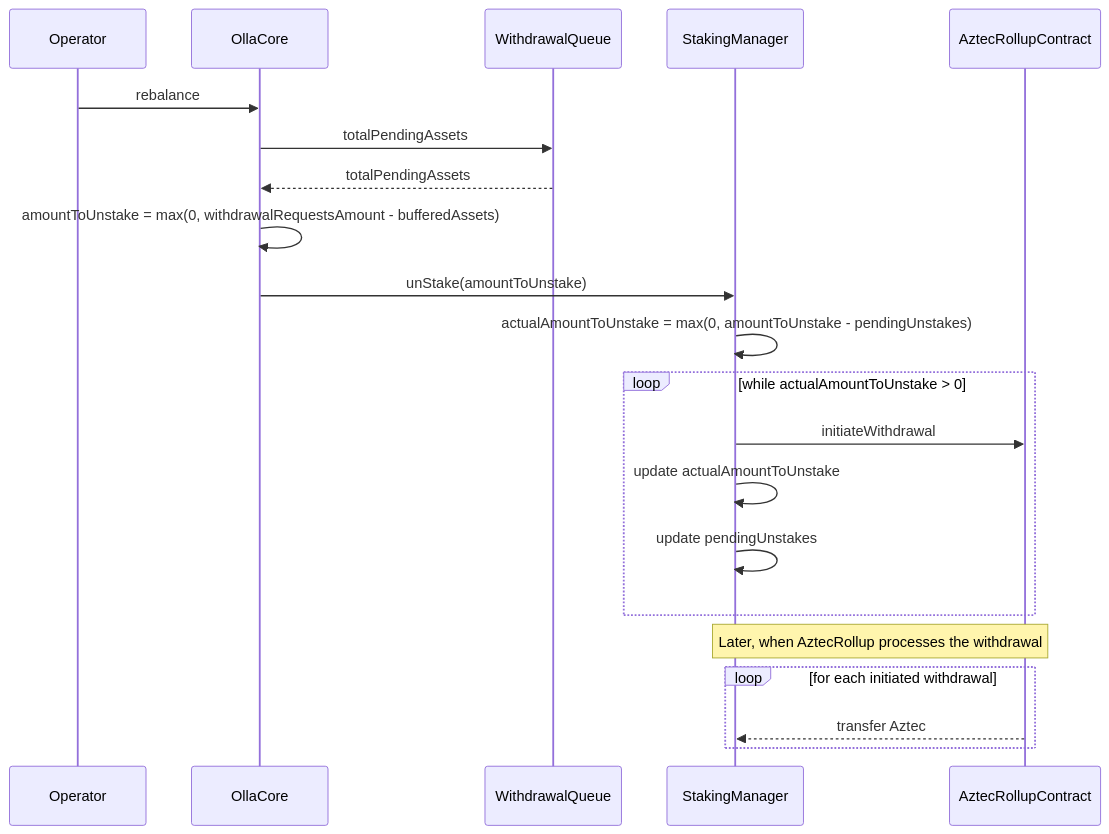
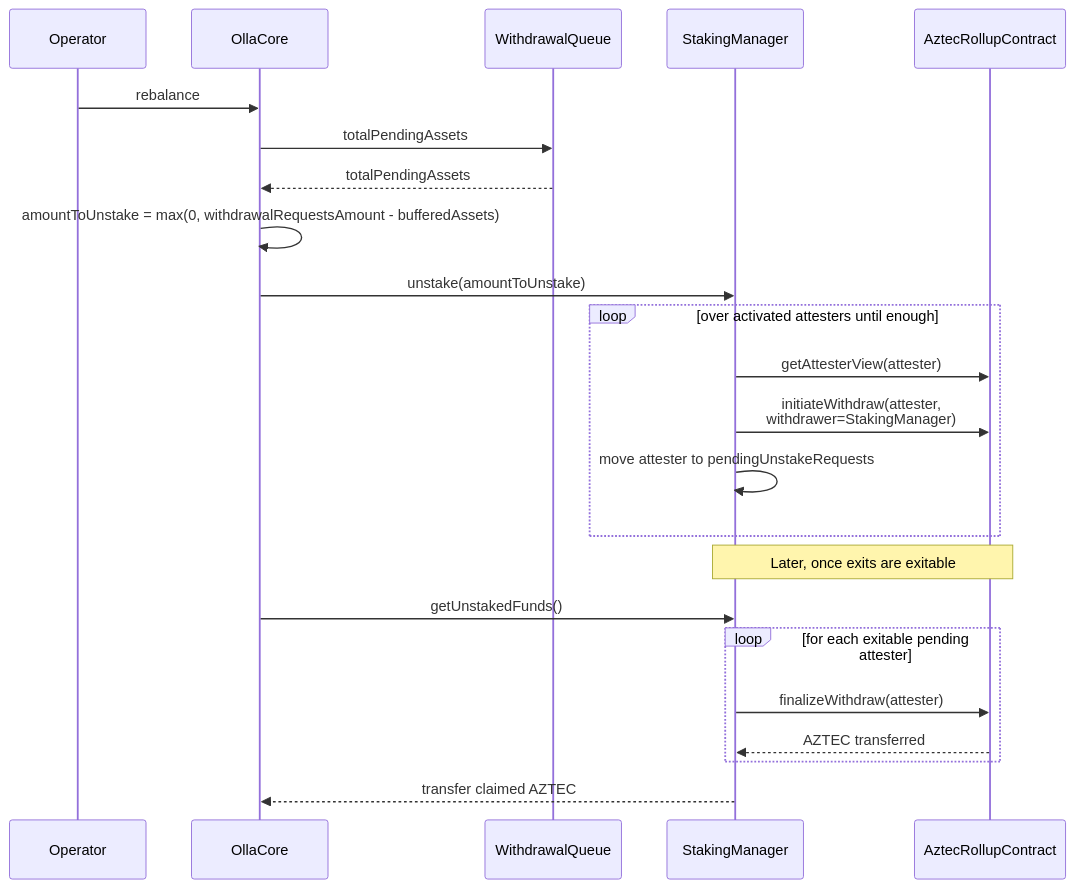
Before and after one commit to ollafinance/core: the seventh of 7 diagrams in research/technical/architecture/flows.md, drawn with Mermaid. The commit also changed other lines of this file and 2 other files, not shown here.

Commit message:
staking manager, and some of rewards vault

````diff
--- a/research/technical/architecture/flows.md
+++ b/research/technical/architecture/flows.md
@@ -202,24 +202,26 @@
 ```mermaid
 sequenceDiagram
     participant op as Operator
     participant C as OllaCore
     participant WQ as WithdrawalQueue
     participant stkMan as StakingManager
     participant AR as AztecRollupContract
 
     op->>C: rebalance
     C->>WQ: totalPendingAssets
     WQ-->>C: totalPendingAssets
     C->>C: amountToUnstake = max(0, withdrawalRequestsAmount - bufferedAssets)
-    C->>stkMan: unStake(amountToUnstake)
-    stkMan->>stkMan: actualAmountToUnstake = max(0, amountToUnstake - pendingUnstakes)
-    loop while actualAmountToUnstake > 0
-        stkMan->>AR: initiateWithdrawal
-        stkMan->>stkMan: update actualAmountToUnstake
-        stkMan->>stkMan: update pendingUnstakes
+    C->>stkMan: unstake(amountToUnstake)
+    loop over activated attesters until enough
+        stkMan->>AR: getAttesterView(attester)
+        stkMan->>AR: initiateWithdraw(attester,<br/>withdrawer=StakingManager)
+        stkMan->>stkMan: move attester to pendingUnstakeRequests
     end
-    Note over stkMan,AR: Later, when AztecRollup processes the withdrawal
-    loop for each initiated withdrawal
-        AR-->>stkMan: transfer Aztec
+    Note over stkMan,AR: Later, once exits are exitable
+    C->>stkMan: getUnstakedFunds()
+    loop for each exitable pending attester
+        stkMan->>AR: finalizeWithdraw(attester)
+        AR-->>stkMan: AZTEC transferred
     end
+    stkMan-->>C: transfer claimed AZTEC
 ```
````
